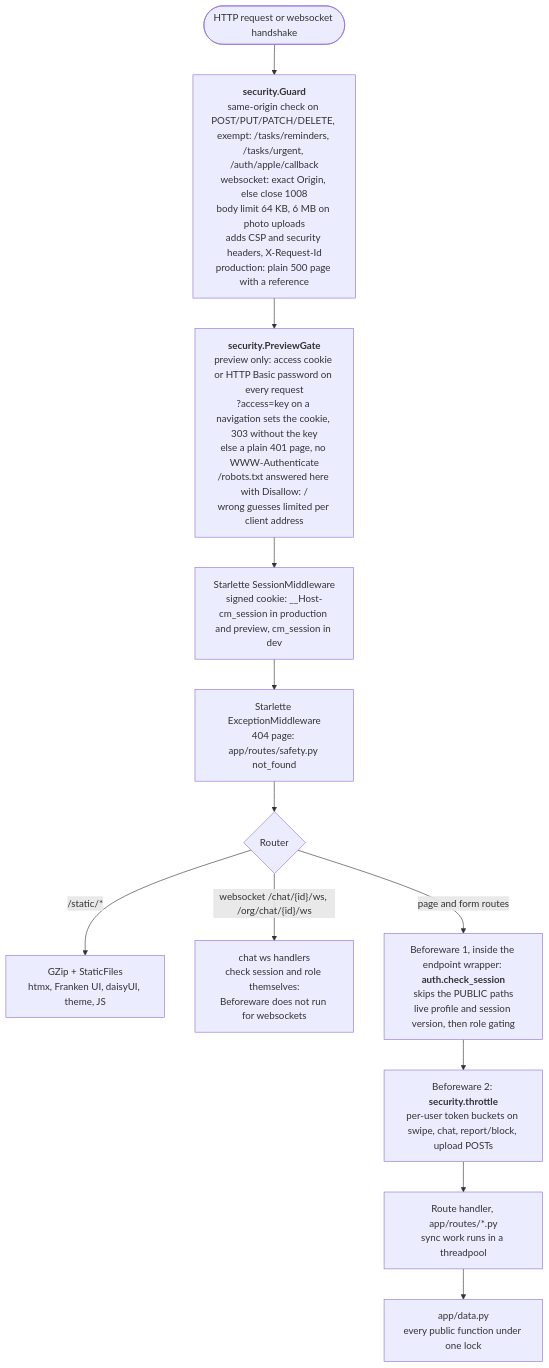
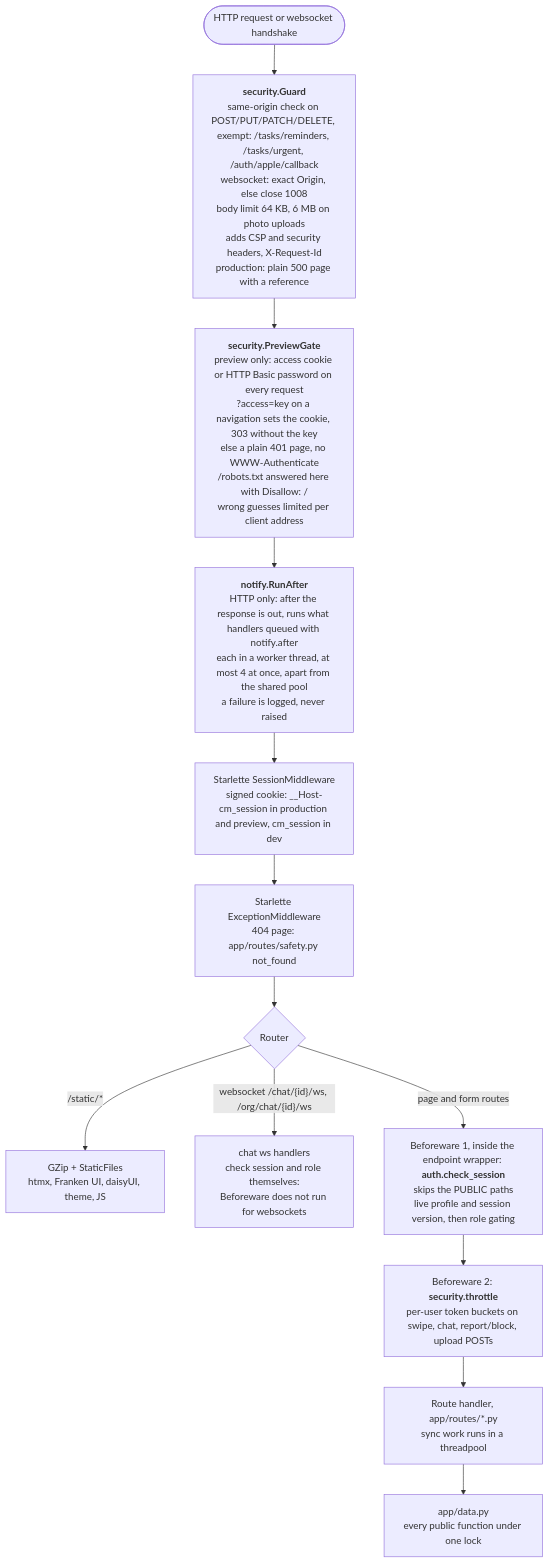
Diagram 11 of 26 in docs/ARCHITECTURE.md (slegroux/causematch), drawn with Mermaid before and after one commit. The commit also changed other lines of this file, not shown here.

First line of the commit message:
Architecture doc: up to date with main through #39

````diff
--- a/docs/ARCHITECTURE.md
+++ b/docs/ARCHITECTURE.md
@@ -546,17 +549,18 @@
 ```mermaid
 flowchart TD
     req(["HTTP request or websocket handshake"]) --> guard
     guard["<b>security.Guard</b><br/>same-origin check on POST/PUT/PATCH/DELETE, exempt: /tasks/reminders, /tasks/urgent, /auth/apple/callback<br/>websocket: exact Origin, else close 1008<br/>body limit 64 KB, 6 MB on photo uploads<br/>adds CSP and security headers, X-Request-Id<br/>production: plain 500 page with a reference"]
     guard --> gate
     gate["<b>security.PreviewGate</b><br/>preview only: access cookie or HTTP Basic password on every request<br/>?access=key on a navigation sets the cookie, 303 without the key<br/>else a plain 401 page, no WWW-Authenticate<br/>/robots.txt answered here with Disallow: /<br/>wrong guesses limited per client address"]
-    gate --> sess["Starlette SessionMiddleware<br/>signed cookie: __Host-cm_session in production and preview, cm_session in dev"]
+    gate --> after["<b>notify.RunAfter</b><br/>HTTP only: after the response is out, runs what handlers queued with notify.after<br/>each in a worker thread, at most 4 at once, apart from the shared pool<br/>a failure is logged, never raised"]
+    after --> sess["Starlette SessionMiddleware<br/>signed cookie: __Host-cm_session in production and preview, cm_session in dev"]
     sess --> exc["Starlette ExceptionMiddleware<br/>404 page: app/routes/safety.py not_found"]
     exc --> router{"Router"}
     router -- "/static/*" --> static["GZip + StaticFiles<br/>htmx, Franken UI, daisyUI, theme, JS"]
     router -- "websocket /chat/{id}/ws, /org/chat/{id}/ws" --> ws["chat ws handlers<br/>check session and role themselves:<br/>Beforeware does not run for websockets"]
     router -- "page and form routes" --> bw
     bw["Beforeware 1, inside the endpoint wrapper: <b>auth.check_session</b><br/>skips the PUBLIC paths<br/>live profile and session version, then role gating"]
     bw --> thr["Beforeware 2: <b>security.throttle</b><br/>per-user token buckets on swipe, chat, report/block, upload POSTs"]
     thr --> handler["Route handler, app/routes/*.py<br/>sync work runs in a threadpool"]
     handler --> data["app/data.py<br/>every public function under one lock"]
 ```
````
